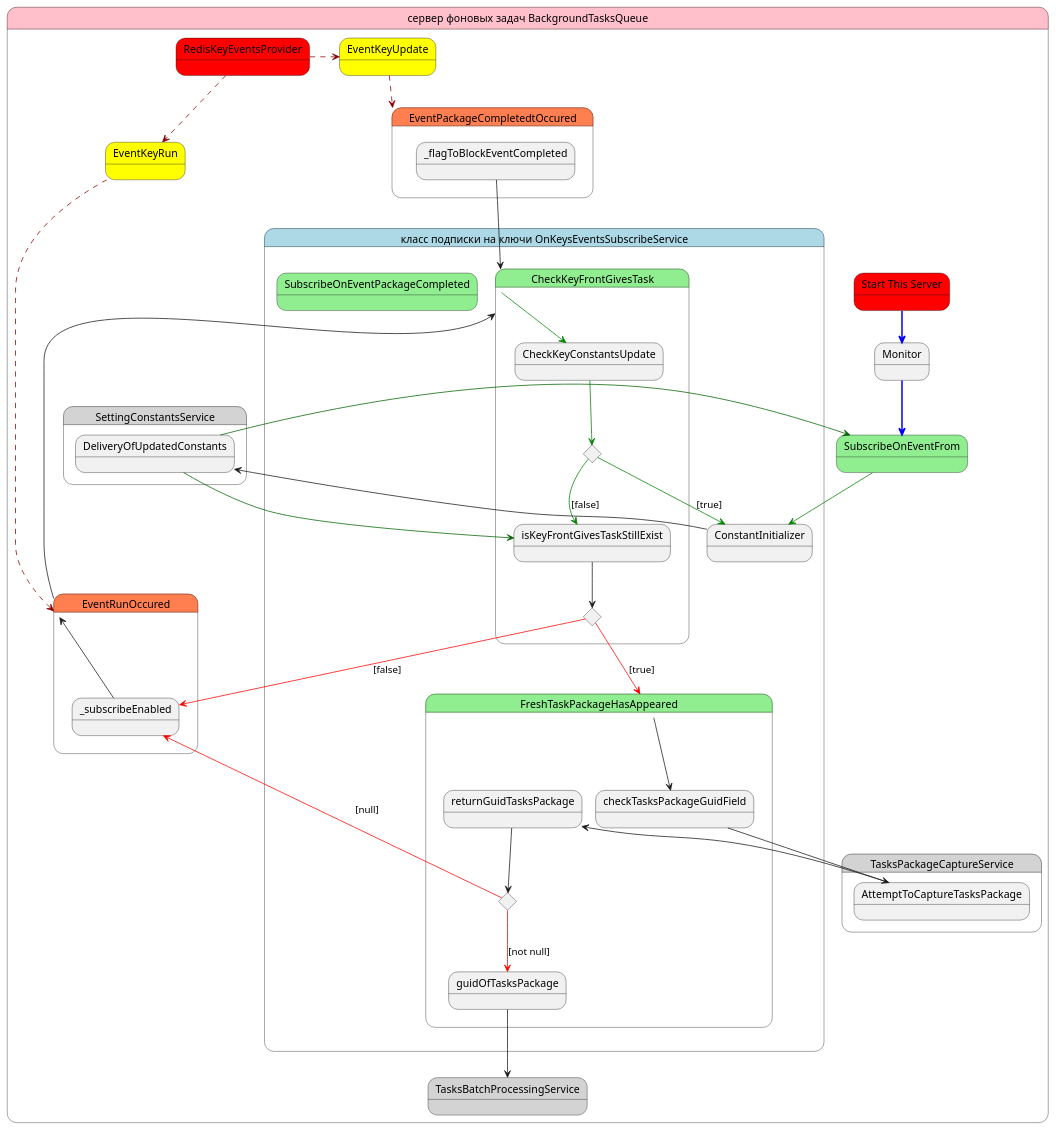
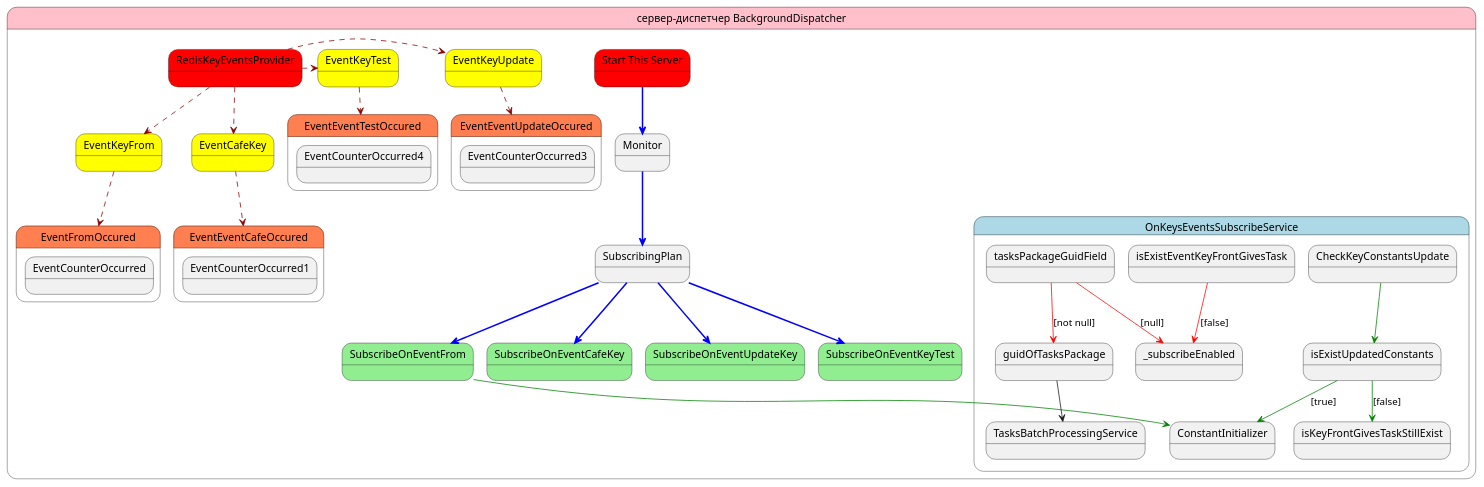
Before and after one commit to YUGCHR/InterlacingTwoTexts: the diagram in BackgroundDispatcher/BackgroundDispatcher_v-01.puml, drawn with PlantUML. The commit also changed 2 other files, not shown here.

Commit message:
plainTextsDataList in 2nd foreach in IntegrationTestService -> IsTestResultAsserted

```diff
--- a/BackgroundDispatcher/BackgroundDispatcher_v-01.puml
+++ b/BackgroundDispatcher/BackgroundDispatcher_v-01.puml
@@ -1,80 +1,67 @@
 @startuml
-state "сервер фоновых задач BackgroundTasksQueue" as CurrentSite #pink {
+state "сервер-диспетчер BackgroundDispatcher" as CurrentSite #pink {
 state "Start This Server" as ProgramCS #red
+
 state Monitor
 state RedisKeyEventsProvider #red
-state EventKeyRun #yellow
+state EventKeyFrom #yellow
+state EventСafeKey #yellow
 state EventKeyUpdate #yellow
-RedisKeyEventsProvider -down[#darkred,dashed]-> EventKeyRun
+state EventKeyTest #yellow
+
+RedisKeyEventsProvider -down[#darkred,dashed]-> EventKeyFrom
+RedisKeyEventsProvider -down[#darkred,dashed]-> EventСafeKey
 RedisKeyEventsProvider -right[#darkred,dashed]-> EventKeyUpdate
+RedisKeyEventsProvider -right[#darkred,dashed]-> EventKeyTest
+
 ProgramCS -down[#blue,bold]-> Monitor
-Monitor -[#blue,bold]-> SubscribeOnEventFrom
-EventKeyRun -down[#darkred,dashed]-> EventRunOccured
-EventKeyUpdate -[#darkred,dashed]-> EventPackageCompletedtOccured
+Monitor -[#blue,bold]-> SubscribingPlan
+SubscribingPlan -[#blue,bold]-> SubscribeOnEventFrom
+SubscribingPlan -[#blue,bold]-> SubscribeOnEventСafeKey
+SubscribingPlan -[#blue,bold]-> SubscribeOnEventUpdateKey
+SubscribingPlan -[#blue,bold]-> SubscribeOnEventKeyTest
 
-state "класс подписки на ключи OnKeysEventsSubscribeService" as SubscribeService #lightblue {
+EventKeyFrom -down[#darkred,dashed]-> EventFromOccured
+EventСafeKey -down[#darkred,dashed]-> EventEventСafeOccured
+EventKeyUpdate -[#darkred,dashed]-> EventEventUpdateOccured
+EventKeyTest -[#darkred,dashed]-> EventEventTestOccured
+
+state "OnKeysEventsSubscribeService" as SubscribeService #lightblue {
 
 state SubscribeOnEventFrom #lightgreen {
-    state EventRunOccured #coral{
-        state _subscribeEnabled
+    state EventFromOccured #coral{
+        state EventCounterOccurred
     }
 }
-        state CheckKeyFrontGivesTask #lightgreen {
-EventRunOccured  --> CheckKeyFrontGivesTask
-_subscribeEnabled -up-> EventRunOccured
-CheckKeyFrontGivesTask -[#green]-> CheckKeyConstantsUpdate
-state isExistEventKeyFrontGivesTask <<choice>>
-isKeyFrontGivesTaskStillExist --> isExistEventKeyFrontGivesTask
-state isExistUpdatedConstants <<choice>>
-    }  
+state SubscribeOnEventСafeKey #lightgreen {
+    state EventEventСafeOccured #coral{
+        state EventCounterOccurred1
+    }
+}
+state SubscribeOnEventUpdateKey #lightgreen {
+    state EventEventUpdateOccured #coral{
+        state EventCounterOccurred3
+    }
+}
+state SubscribeOnEventKeyTest #lightgreen {
+    state EventEventTestOccured #coral{
+        state EventCounterOccurred4
+    }
+}
+
 
 SubscribeOnEventFrom -[#green]-> ConstantInitializer
 CheckKeyConstantsUpdate -[#green]-> isExistUpdatedConstants
 
 isExistUpdatedConstants -[#green]-> ConstantInitializer : [true]
 isExistUpdatedConstants -[#green]-> isKeyFrontGivesTaskStillExist : [false]
 
-state FreshTaskPackageHasAppeared #lightgreen{
-state checkTasksPackageGuidField
-state returnGuidTasksPackage
-state guidOfTasksPackage
-state tasksPackageGuidField <<choice>>
-    FreshTaskPackageHasAppeared --> checkTasksPackageGuidField
-    returnGuidTasksPackage --> tasksPackageGuidField
-isExistEventKeyFrontGivesTask -[#red]-> FreshTaskPackageHasAppeared : [true]
-}
-
 isExistEventKeyFrontGivesTask -[#red]-> _subscribeEnabled : [false]
-
-state SubscribeOnEventPackageCompleted #lightgreen {
-    state EventPackageCompletedtOccured #coral {
-state _flagToBlockEventCompleted
-_flagToBlockEventCompleted --> CheckKeyFrontGivesTask
-
-    }
-}
-}
-state SettingConstantsService #lightgray {
-    ConstantInitializer --> DeliveryOfUpdatedConstants
-DeliveryOfUpdatedConstants -down[#darkgreen]-> SubscribeOnEventFrom
-DeliveryOfUpdatedConstants -down[#darkgreen]-> isKeyFrontGivesTaskStillExist
-}
 
 tasksPackageGuidField -[#red]-> _subscribeEnabled : [null]
 tasksPackageGuidField -[#red]-> guidOfTasksPackage : [not null]
 guidOfTasksPackage --> TasksBatchProcessingService
 
 
-state TasksBatchProcessingService #lightgray {   
-}
-
-
-state TasksPackageCaptureService #lightgray {
-    state AttemptToCaptureTasksPackage
-    checkTasksPackageGuidField --> AttemptToCaptureTasksPackage
-}
-
-    AttemptToCaptureTasksPackage --> returnGuidTasksPackage
-
 }
 @enduml
```
